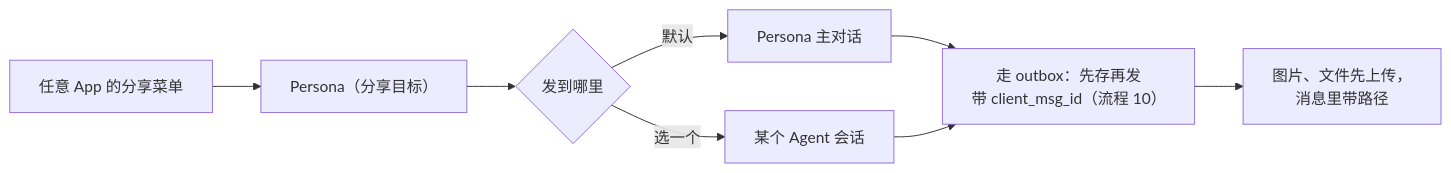
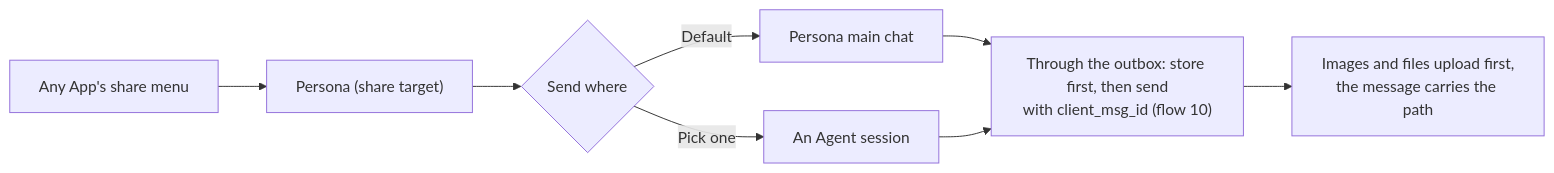
One commit to 413180794/persona changed diagram 13 of 15 in docs/redesign/flows.md. Above: the diagram before and after it, drawn with Mermaid. The commit also changed other lines of this file and 6 other files, not shown here.

````diff
--- a/docs/redesign/flows.md
+++ b/docs/redesign/flows.md
@@ -322,10 +322,10 @@
 ```mermaid
 flowchart LR
-  X["任意 App 的分享菜单"] --> J["Persona（分享目标）"]
-  J --> P{"发到哪里"}
-  P -- "默认" --> M["Persona 主对话"]
-  P -- "选一个" --> AG["某个 Agent 会话"]
-  M --> OB["走 outbox：先存再发<br/>带 client_msg_id（流程 10）"]
+  X["Any App's share menu"] --> J["Persona (share target)"]
+  J --> P{"Send where"}
+  P -- "Default" --> M["Persona main chat"]
+  P -- "Pick one" --> AG["An Agent session"]
+  M --> OB["Through the outbox: store first, then send<br/>with client_msg_id (flow 10)"]
   AG --> OB
-  OB --> UP["图片、文件先上传，<br/>消息里带路径"]
+  OB --> UP["Images and files upload first,<br/>the message carries the path"]
 ```
````
